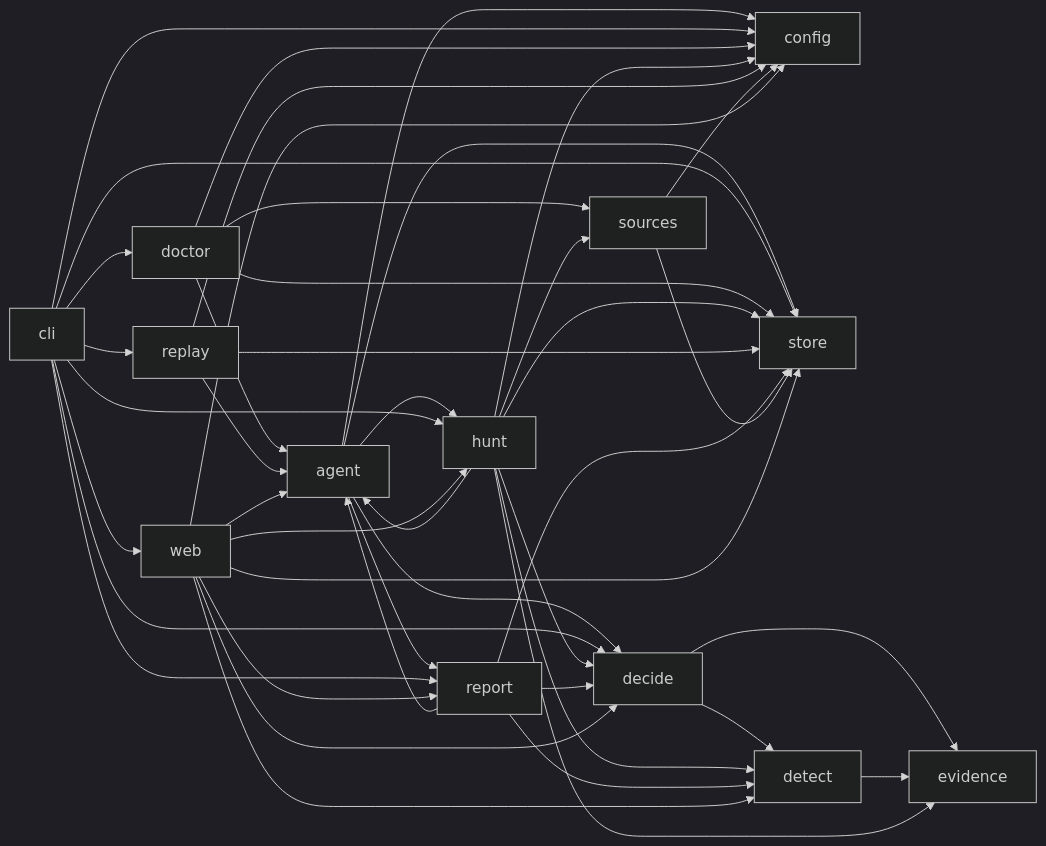
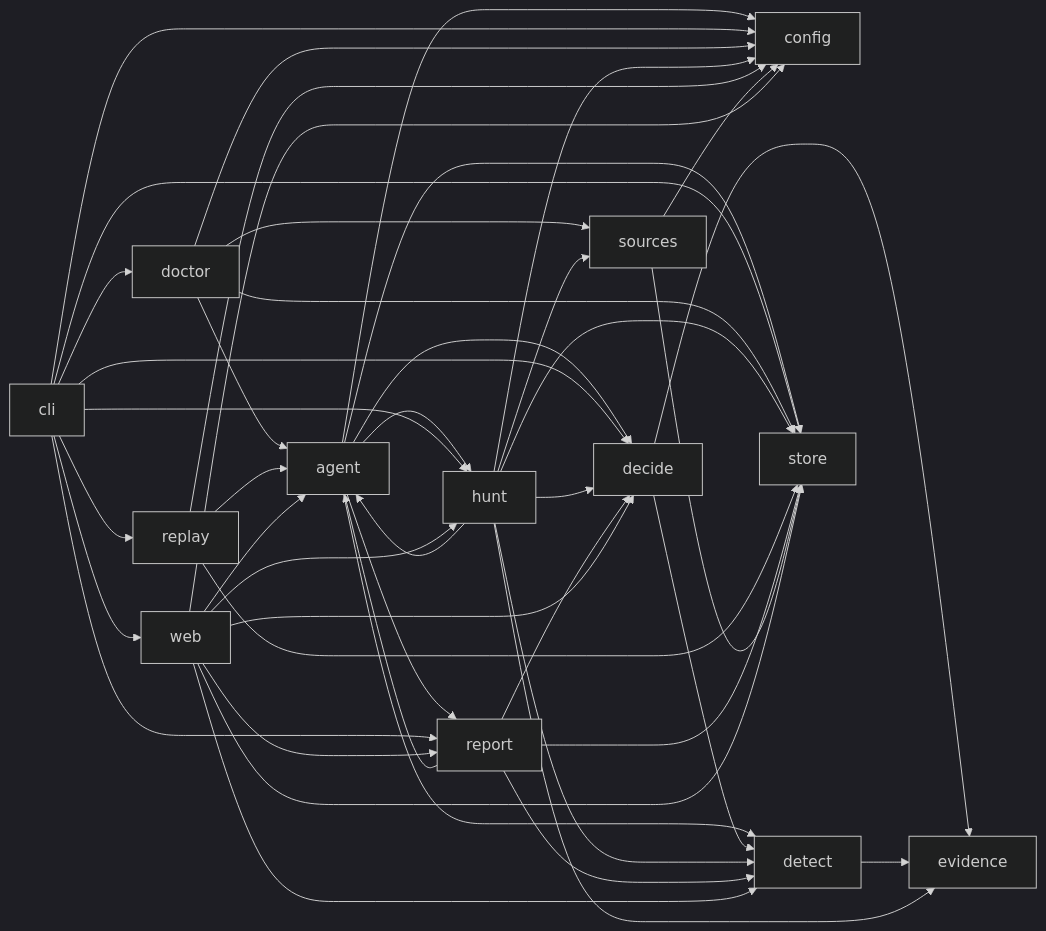
Before and after one commit to nickthabib-cloud/ROMULUS: the diagram in docs/architecture/MODULE_MAP.md, drawn with Mermaid (dark theme). The commit also changed other lines of this file and 3 other files, not shown here.

````diff
--- a/docs/architecture/MODULE_MAP.md
+++ b/docs/architecture/MODULE_MAP.md
@@ -101,46 +102,47 @@
 ```mermaid
 graph LR
   agent --> config
   agent --> decide
+  agent --> detect
   agent --> hunt
   agent --> report
   agent --> store
   cli --> config
   cli --> decide
   cli --> doctor
   cli --> hunt
   cli --> replay
   cli --> report
   cli --> store
   cli --> web
   decide --> detect
   decide --> evidence
   detect --> evidence
   doctor --> agent
   doctor --> config
   doctor --> sources
   doctor --> store
   hunt --> agent
   hunt --> config
   hunt --> decide
   hunt --> detect
   hunt --> evidence
   hunt --> sources
   hunt --> store
   replay --> agent
   replay --> config
   replay --> store
   report --> agent
   report --> decide
   report --> detect
   report --> store
   sources --> config
   sources --> store
   web --> agent
   web --> config
   web --> decide
   web --> detect
   web --> hunt
   web --> report
   web --> store
 ```
````
